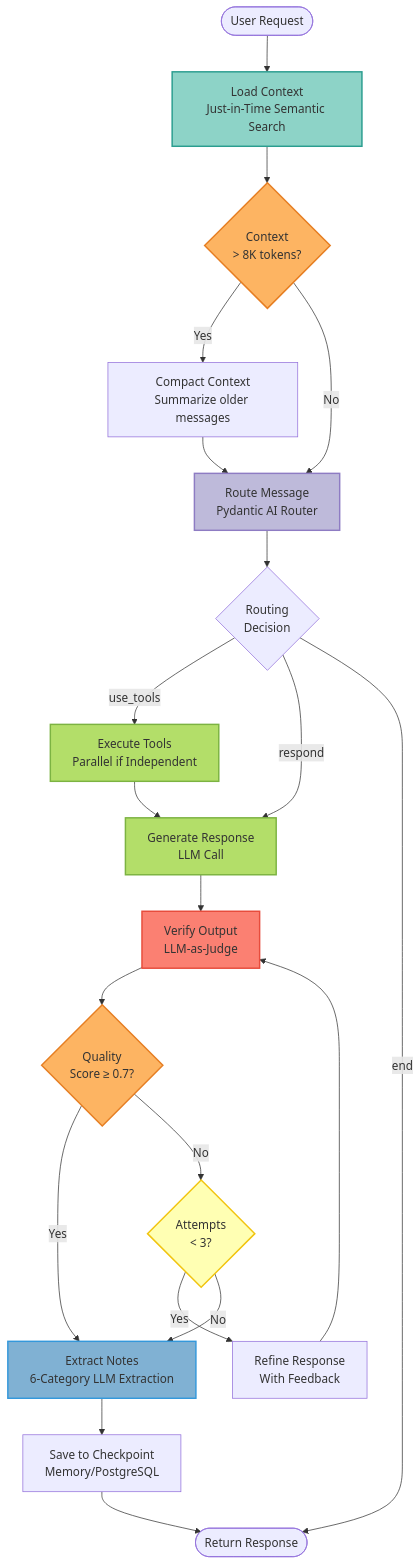
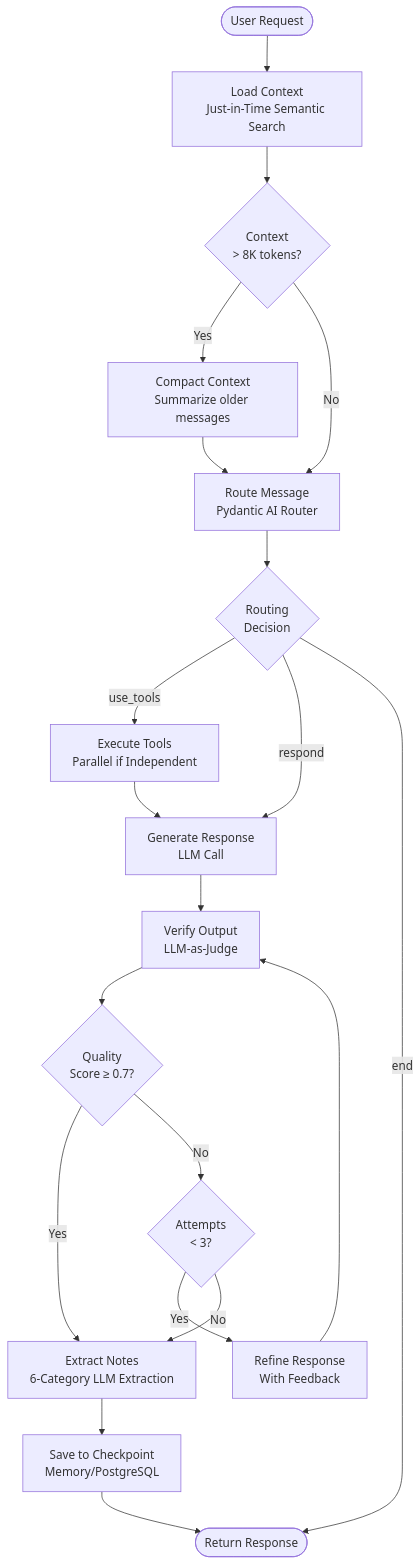
One commit to vishnu2kmohan/mcp-server-langgraph changed the third of 10 diagrams in docs/diagrams/system-architecture.mdx. Above: the diagram before and after it, drawn with Mermaid. The commit also changed other lines of this file and 11 other files, not shown here.

First line of the commit message:
docs: modernize Mermaid diagrams to follow 2025 best practices

````diff
--- a/docs/diagrams/system-architecture.mdx
+++ b/docs/diagrams/system-architecture.mdx
@@ -160,38 +160,29 @@
 ```mermaid
 flowchart TD
     Start([User Request]) --> LoadContext[Load Context<br/>Just-in-Time Semantic Search]
 
     LoadContext --> Compact{Context<br/>> 8K tokens?}
     Compact -->|Yes| CompactCtx[Compact Context<br/>Summarize older messages]
     Compact -->|No| Route[Route Message<br/>Pydantic AI Router]
     CompactCtx --> Route
 
     Route --> Decision{Routing<br/>Decision}
     Decision -->|use_tools| ExecuteTools[Execute Tools<br/>Parallel if Independent]
     Decision -->|respond| GenerateResp[Generate Response<br/>LLM Call]
     Decision -->|end| End([Return Response])
 
     ExecuteTools --> GenerateResp
     GenerateResp --> Verify[Verify Output<br/>LLM-as-Judge]
 
     Verify --> Quality{Quality<br/>Score ≥ 0.7?}
     Quality -->|Yes| ExtractNotes[Extract Notes<br/>6-Category LLM Extraction]
     Quality -->|No| Refine{Attempts<br/>< 3?}
 
     Refine -->|Yes| RefineResp[Refine Response<br/>With Feedback]
     Refine -->|No| ExtractNotes
     RefineResp --> Verify
 
     ExtractNotes --> SaveState[Save to Checkpoint<br/>Memory/PostgreSQL]
     SaveState --> End
 
-    style LoadContext fill:#8dd3c7,stroke:#2a9d8f,stroke-width:2px,color:#333
-    style Compact fill:#fdb462,stroke:#e67e22,stroke-width:2px,color:#333
-    style Route fill:#bebada,stroke:#8e7cc3,stroke-width:2px,color:#333
-    style ExecuteTools fill:#b3de69,stroke:#7cb342,stroke-width:2px,color:#333
-    style GenerateResp fill:#b3de69,stroke:#7cb342,stroke-width:2px,color:#333
-    style Verify fill:#fb8072,stroke:#e74c3c,stroke-width:2px,color:#333
-    style ExtractNotes fill:#80b1d3,stroke:#3498db,stroke-width:2px,color:#333
-    style Quality fill:#fdb462,stroke:#e67e22,stroke-width:2px,color:#333
-    style Refine fill:#ffffb3,stroke:#f1c40f,stroke-width:2px,color:#333
 ```
````
